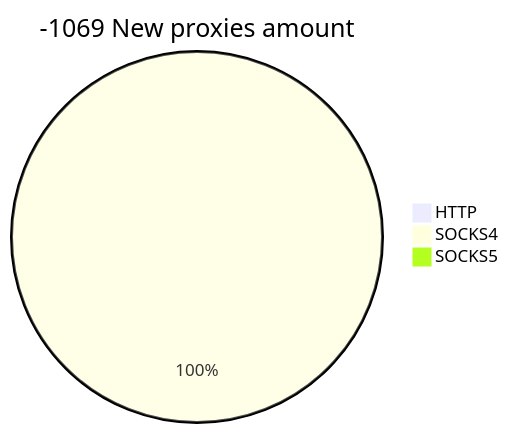
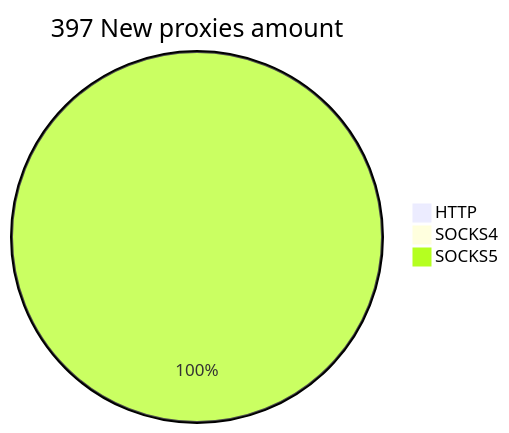
One commit to cutipu/proxylist changed the second of 2 diagrams in README.md. Above: the diagram before and after it, drawn with Mermaid. The commit also changed other lines of this file, not shown here.

````diff
--- a/README.md
+++ b/README.md
@@ -10,6 +10,6 @@
 ```mermaid
-pie title -1069 New proxies amount
-    "HTTP" : 0
-    "SOCKS4" : 2
-    "SOCKS5" : 0
+pie title 397 New proxies amount
+    "HTTP" : 1
+    "SOCKS4" : 0
+    "SOCKS5" : 1072
 ```
````
